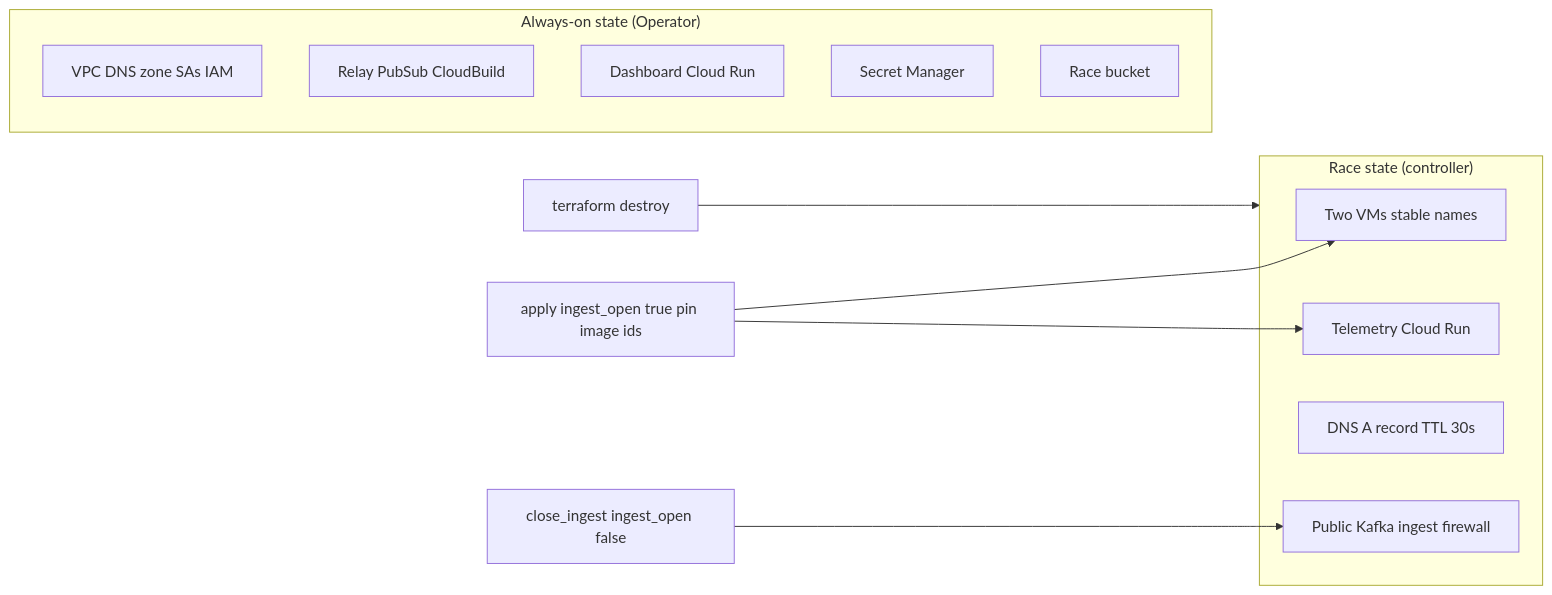
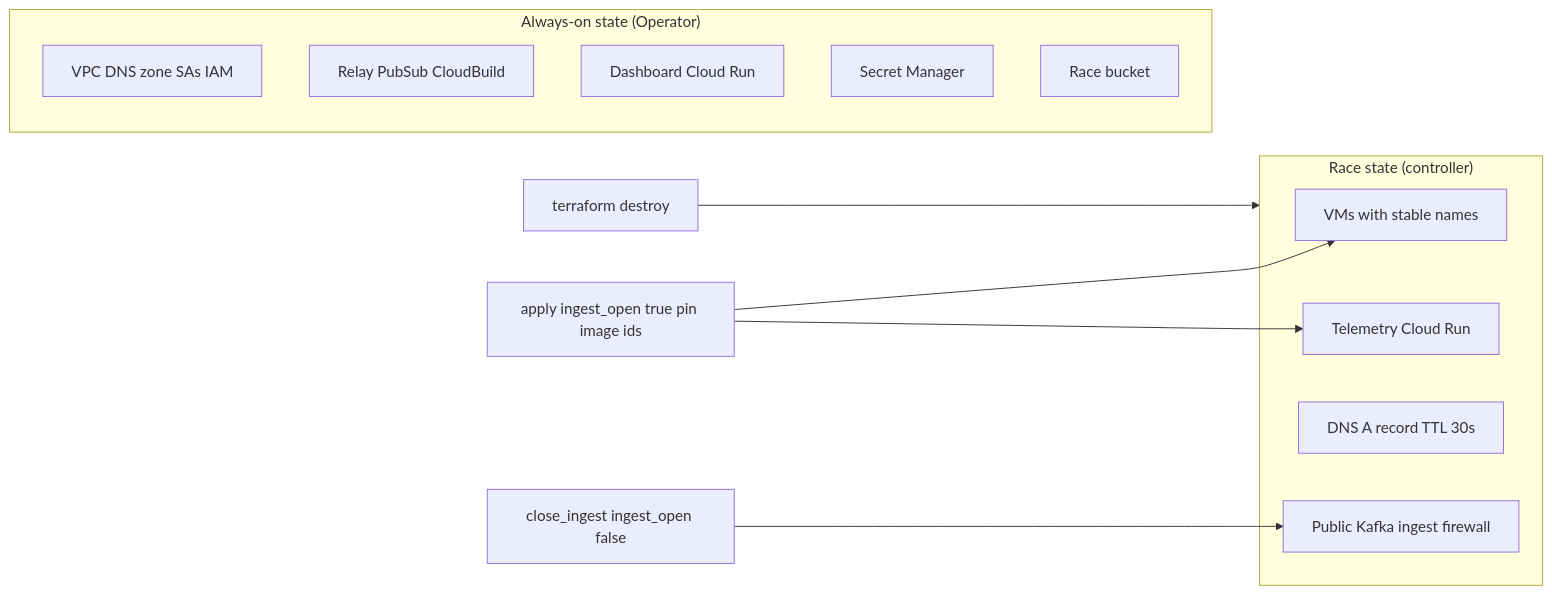
The diagram in docs/component-terraform.md (ChronoRacer/chronoracer), drawn with Mermaid before and after one commit. The commit also changed other lines of this file and 57 other files, not shown here.

````diff
--- a/docs/component-terraform.md
+++ b/docs/component-terraform.md
@@ -260,23 +271,23 @@
 ```mermaid
 flowchart LR
     subgraph alwaysOn ["Always-on state (Operator)"]
         VPC[VPC DNS zone SAs IAM]
         Relay[Relay PubSub CloudBuild]
         Dash[Dashboard Cloud Run]
         SM[Secret Manager]
         Bucket[Race bucket]
     end
     subgraph raceState ["Race state (controller)"]
-        VMs[Two VMs stable names]
+        VMs[VMs with stable names]
         Telemetry[Telemetry Cloud Run]
         ARec[DNS A record TTL 30s]
         Fw[Public Kafka ingest firewall]
     end
     apply[apply ingest_open true pin image ids]
     close[close_ingest ingest_open false]
     destroy[terraform destroy]
     apply --> VMs
     apply --> Telemetry
     close --> Fw
     destroy --> raceState
 ```
````
